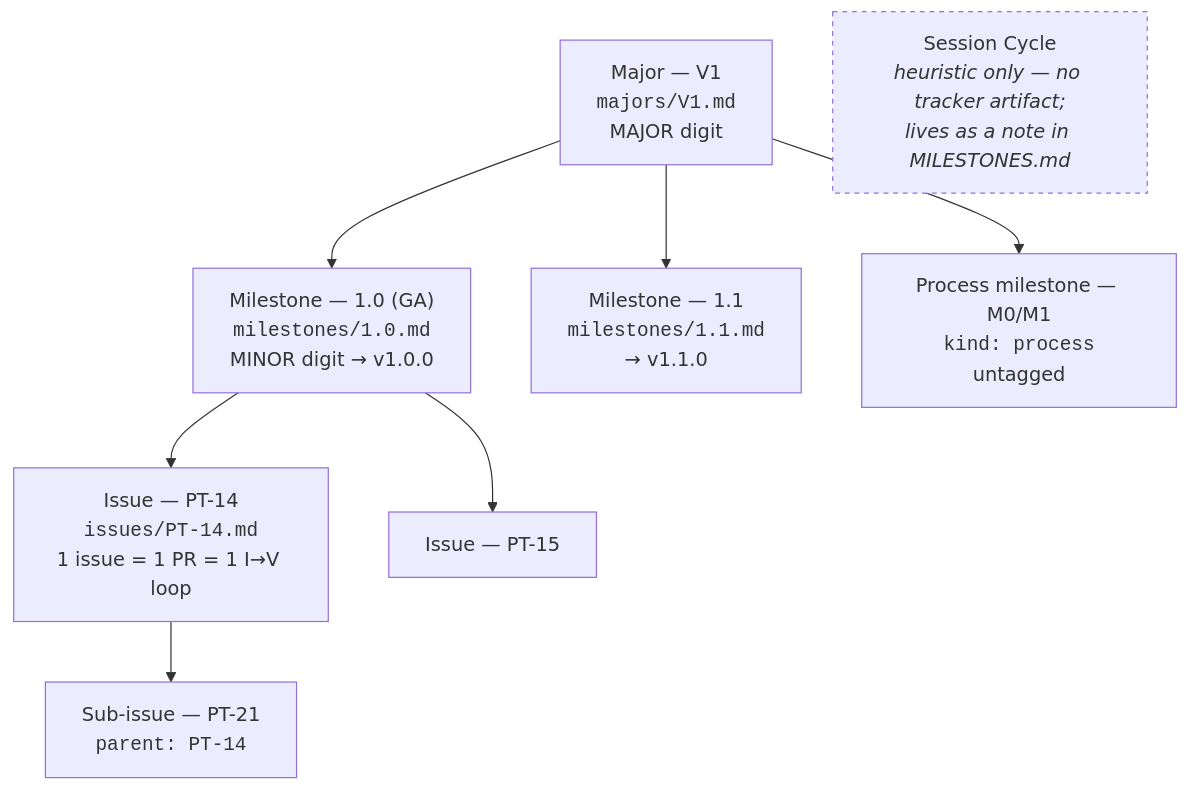
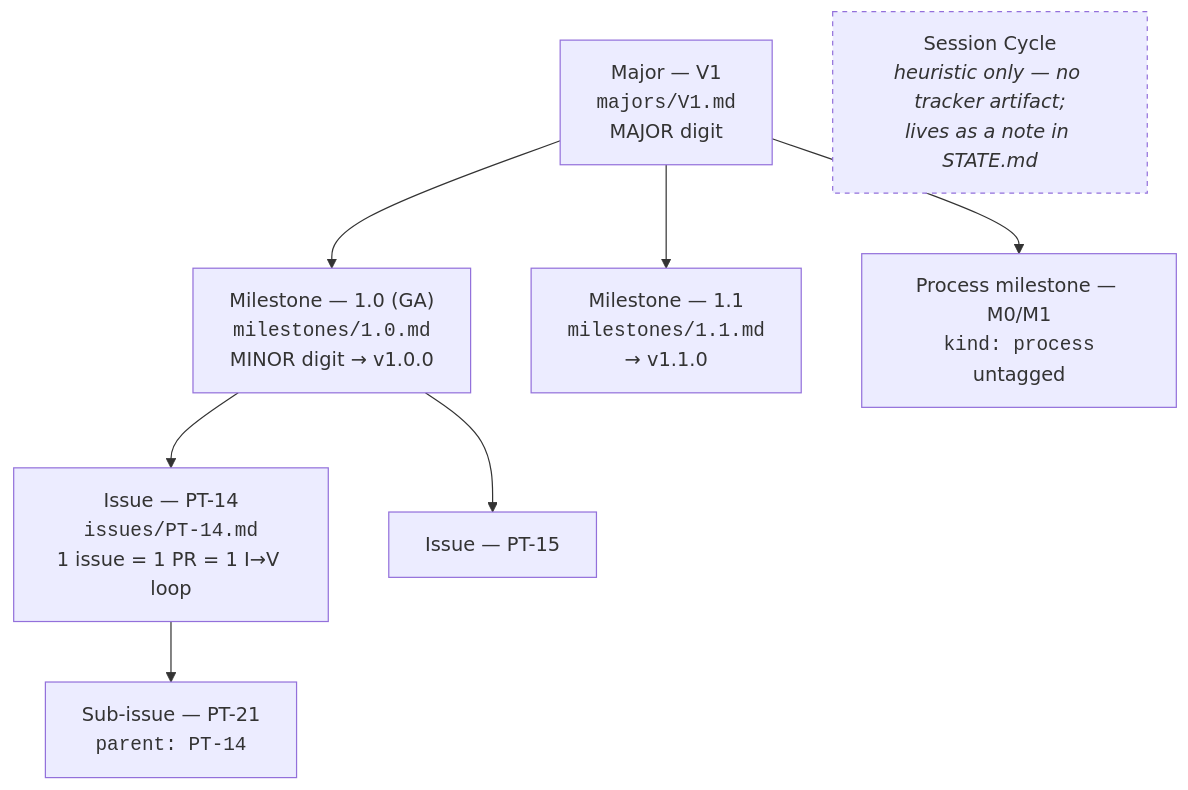
One commit to richmosko/project_template changed the diagram in process/TRACKER.md. Above: the diagram before and after it, drawn with Mermaid. The commit also changed other lines of this file and 37 other files, not shown here.

````diff
--- a/process/TRACKER.md
+++ b/process/TRACKER.md
@@ -277,11 +277,11 @@
 ```mermaid
 flowchart TD
   L["Major — V1<br/><code>majors/V1.md</code><br/>MAJOR digit"] --> M1["Milestone — 1.0 (GA)<br/><code>milestones/1.0.md</code><br/>MINOR digit → v1.0.0"]
   L --> M2["Milestone — 1.1<br/><code>milestones/1.1.md</code><br/>→ v1.1.0"]
   L --> M0["Process milestone — M0/M1<br/><code>kind: process</code><br/>untagged"]
   M1 --> I1["Issue — PT-14<br/><code>issues/PT-14.md</code><br/>1 issue = 1 PR = 1 I→V loop"]
   M1 --> I2["Issue — PT-15"]
   I1 --> S1["Sub-issue — PT-21<br/><code>parent: PT-14</code>"]
-  SC["Session Cycle<br/><i>heuristic only — no tracker artifact;<br/>lives as a note in MILESTONES.md</i>"]
+  SC["Session Cycle<br/><i>heuristic only — no tracker artifact;<br/>lives as a note in STATE.md</i>"]
   style SC stroke-dasharray: 4 4
 ```
````
